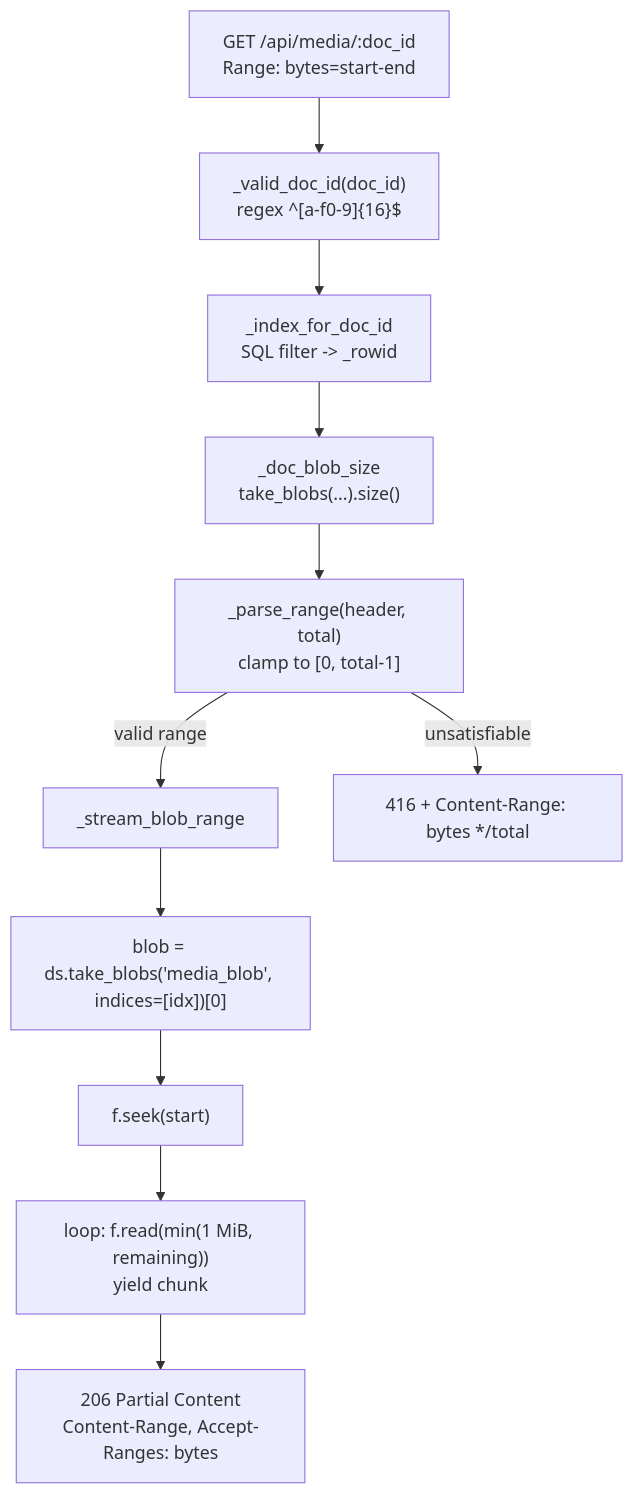
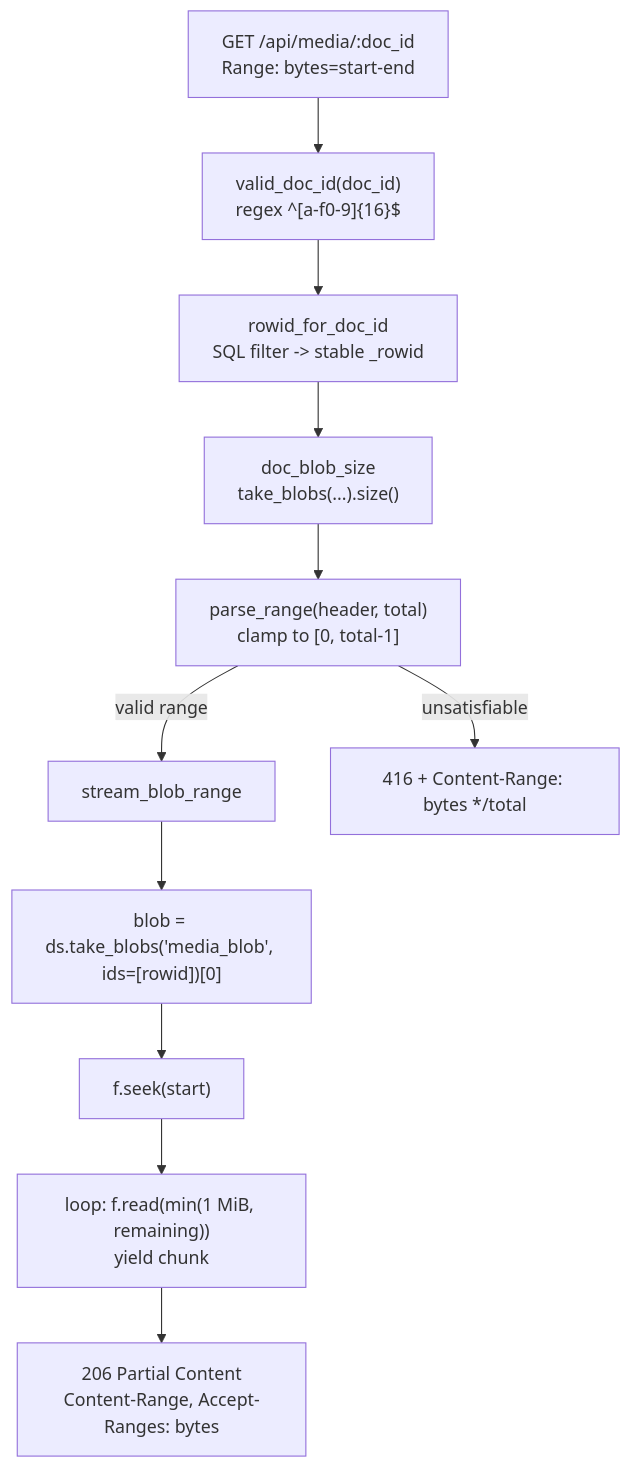
One commit to Borg93/lance-audio-demo changed the second of 3 diagrams in docs/STORAGE.md. Above: the diagram before and after it, drawn with Mermaid. The commit also changed other lines of this file and 17 other files, not shown here.

````diff
--- a/docs/STORAGE.md
+++ b/docs/STORAGE.md
@@ -226,13 +229,13 @@
 ```mermaid
 flowchart TD
-    A["GET /api/media/:doc_id<br/>Range: bytes=start-end"] --> B["_valid_doc_id(doc_id)<br/>regex ^[a-f0-9]{16}$"]
-    B --> C["_index_for_doc_id<br/>SQL filter -> _rowid"]
-    C --> D["_doc_blob_size<br/>take_blobs(...).size()"]
-    D --> E["_parse_range(header, total)<br/>clamp to [0, total-1]"]
-    E -->|"valid range"| F["_stream_blob_range"]
+    A["GET /api/media/:doc_id<br/>Range: bytes=start-end"] --> B["valid_doc_id(doc_id)<br/>regex ^[a-f0-9]{16}$"]
+    B --> C["rowid_for_doc_id<br/>SQL filter -> stable _rowid"]
+    C --> D["doc_blob_size<br/>take_blobs(...).size()"]
+    D --> E["parse_range(header, total)<br/>clamp to [0, total-1]"]
+    E -->|"valid range"| F["stream_blob_range"]
     E -->|"unsatisfiable"| G["416 + Content-Range: bytes */total"]
-    F --> H["blob = ds.take_blobs('media_blob', indices=[idx])[0]"]
+    F --> H["blob = ds.take_blobs('media_blob', ids=[rowid])[0]"]
     H --> I["f.seek(start)"]
     I --> J["loop: f.read(min(1 MiB, remaining))<br/>yield chunk"]
     J --> K["206 Partial Content<br/>Content-Range, Accept-Ranges: bytes"]
 ```
````
